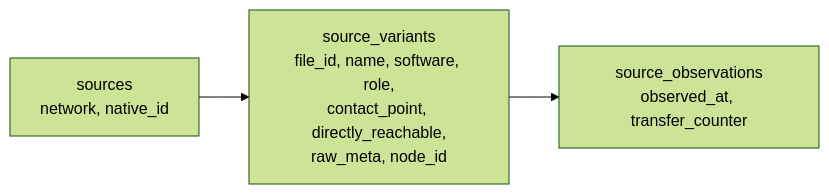
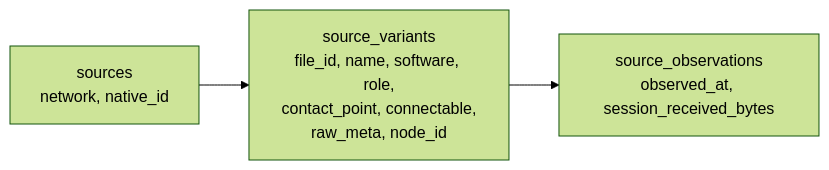
Before and after one commit to mission-titar/p2pwatch: the tenth of 12 diagrams in docs/contributing/architecture.md, drawn with Mermaid (forest theme). The commit also changed other lines of this file and 56 other files, not shown here.

````diff
--- a/docs/contributing/architecture.md
+++ b/docs/contributing/architecture.md
@@ -506,5 +508,5 @@
 ```mermaid
 flowchart LR
-  s["sources<br/>network, native_id"] --> v["source_variants<br/>file_id, name, software, role,<br/>contact_point, directly_reachable,<br/>raw_meta, node_id"]
-  v --> o["source_observations<br/>observed_at, transfer_counter"]
+  s["sources<br/>network, native_id"] --> v["source_variants<br/>file_id, name, software, role,<br/>contact_point, connectable,<br/>raw_meta, node_id"]
+  v --> o["source_observations<br/>observed_at, session_received_bytes"]
 ```
````
